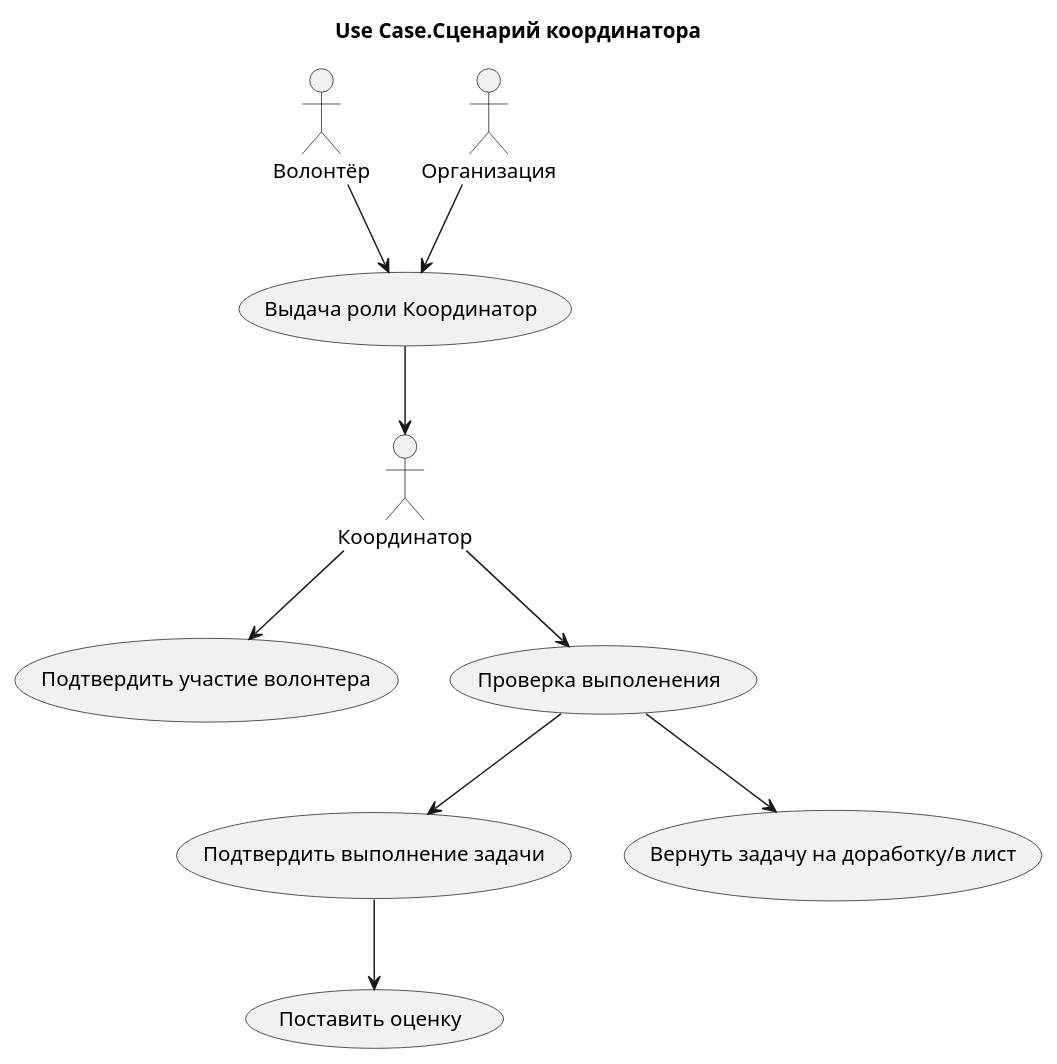
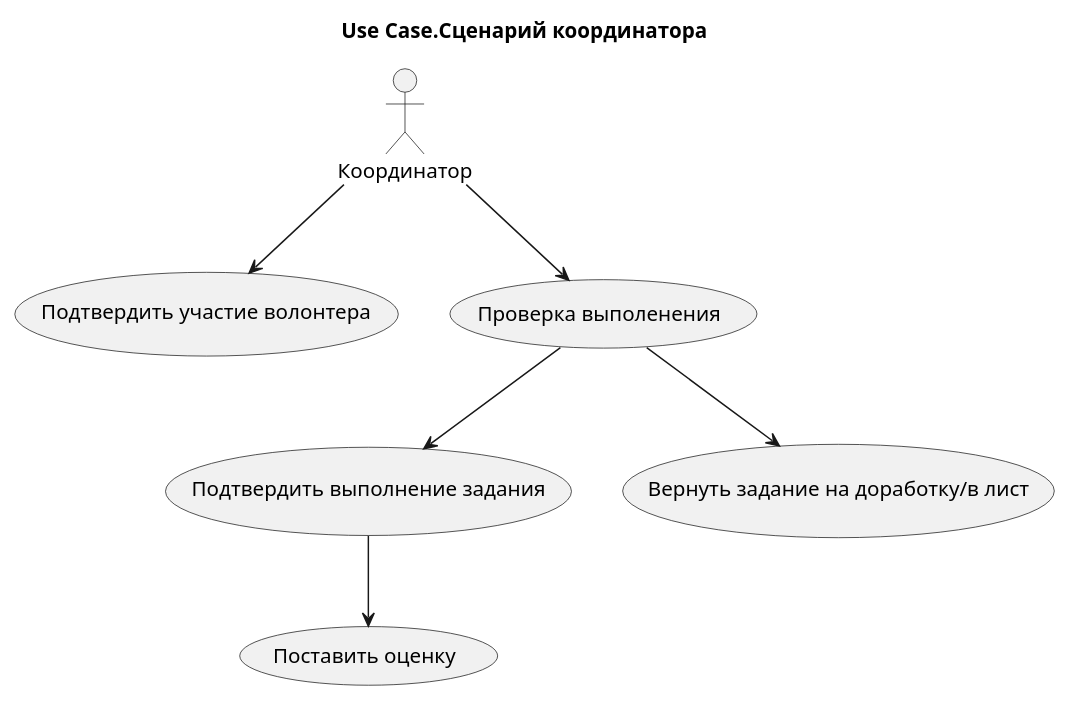
One commit to den990/daPomogu changed the diagram in architecture/Use Cases/Use Case.Координатор.puml. Above: the diagram before and after it, drawn with PlantUML. The commit also changed 3 other files, not shown here.

```diff
--- a/architecture/Use Cases/Use Case.Координатор.puml
+++ b/architecture/Use Cases/Use Case.Координатор.puml
@@ -1,21 +1,15 @@
 @startuml
 
 skinparam style classic
 
 title Use Case.Сценарий координатора
 
-:Волонтёр: 
-:Координатор: 
-:Организация:
-
-Волонтёр --> (Выдача роли Координатор)
-(Выдача роли Координатор) --> Координатор
-Организация --> (Выдача роли Координатор)
+:Координатор:
 
 Координатор --> (Подтвердить участие волонтера)
 Координатор --> (Проверка выполенения)
-(Проверка выполенения) --> (Подтвердить выполнение задачи)
-(Проверка выполенения) --> (Вернуть задачу на доработку/в лист)
-(Подтвердить выполнение задачи) --> (Поставить оценку)
+(Проверка выполенения) --> (Подтвердить выполнение задания)
+(Проверка выполенения) --> (Вернуть задание на доработку/в лист)
+(Подтвердить выполнение задания) --> (Поставить оценку)
 
 @enduml
```
